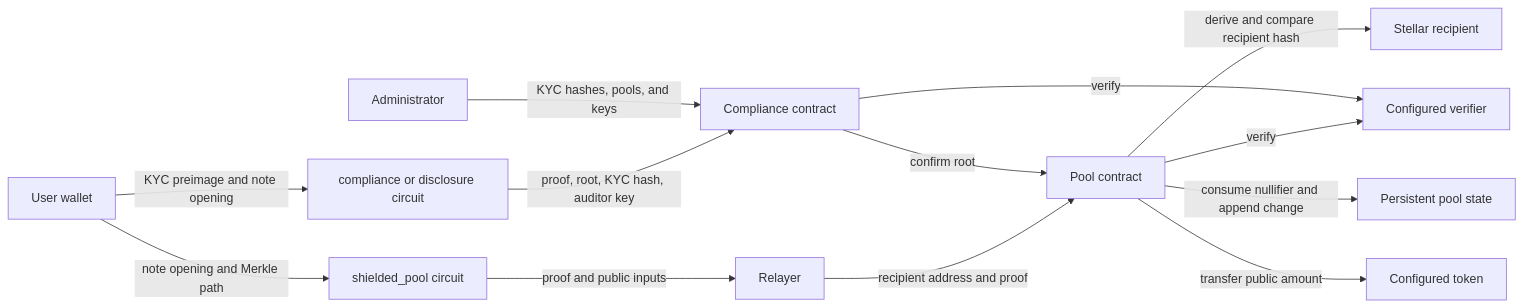
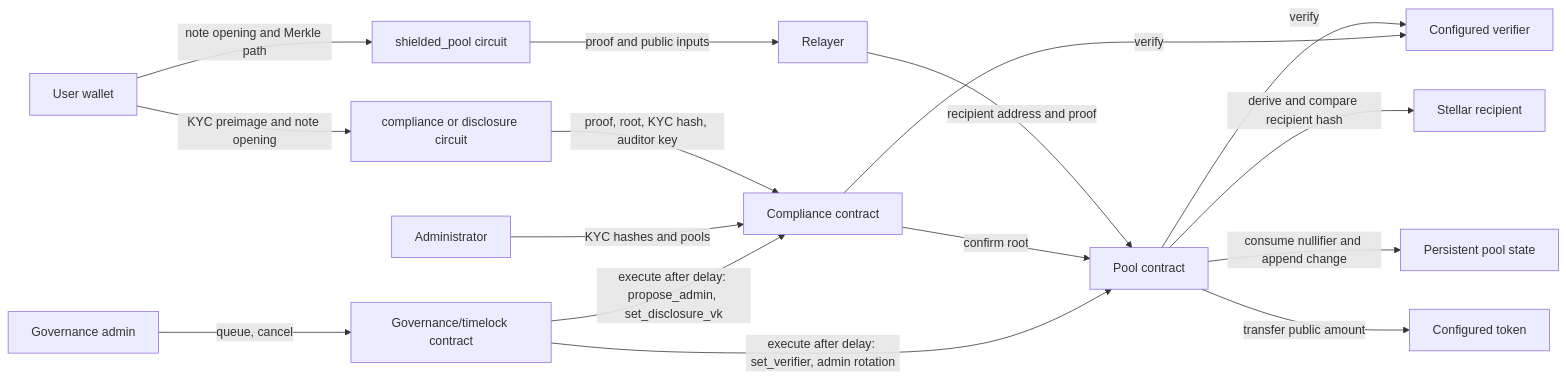
One commit to Dshield-xyz/Dshield changed the diagram in docs/THREAT_MODEL.md. Above: the diagram before and after it, drawn with Mermaid. The commit also changed other lines of this file and 2 other files, not shown here.

First line of the commit message:
docs: document the timelock as a new trust-boundary mitigation

````diff
--- a/docs/THREAT_MODEL.md
+++ b/docs/THREAT_MODEL.md
@@ -20,15 +21,18 @@
 ```mermaid
 flowchart LR
     User[User wallet] -->|note opening and Merkle path| Spend[shielded_pool circuit]
     User -->|KYC preimage and note opening| Disclosure[compliance or disclosure circuit]
     Spend -->|proof and public inputs| Relayer[Relayer]
     Relayer -->|recipient address and proof| Pool[Pool contract]
     Pool -->|verify| Verifier[Configured verifier]
     Pool -->|derive and compare recipient hash| Recipient[Stellar recipient]
     Pool -->|consume nullifier and append change| State[Persistent pool state]
     Pool -->|transfer public amount| Token[Configured token]
     Disclosure -->|proof, root, KYC hash, auditor key| Registry[Compliance contract]
     Registry -->|confirm root| Pool
     Registry -->|verify| Verifier
-    Admin[Administrator] -->|KYC hashes, pools, and keys| Registry
+    Admin[Administrator] -->|KYC hashes and pools| Registry
+    GovAdmin[Governance admin] -->|queue, cancel| Governance[Governance/timelock contract]
+    Governance -->|execute after delay: set_verifier, admin rotation| Pool
+    Governance -->|execute after delay: propose_admin, set_disclosure_vk| Registry
 ```
````
